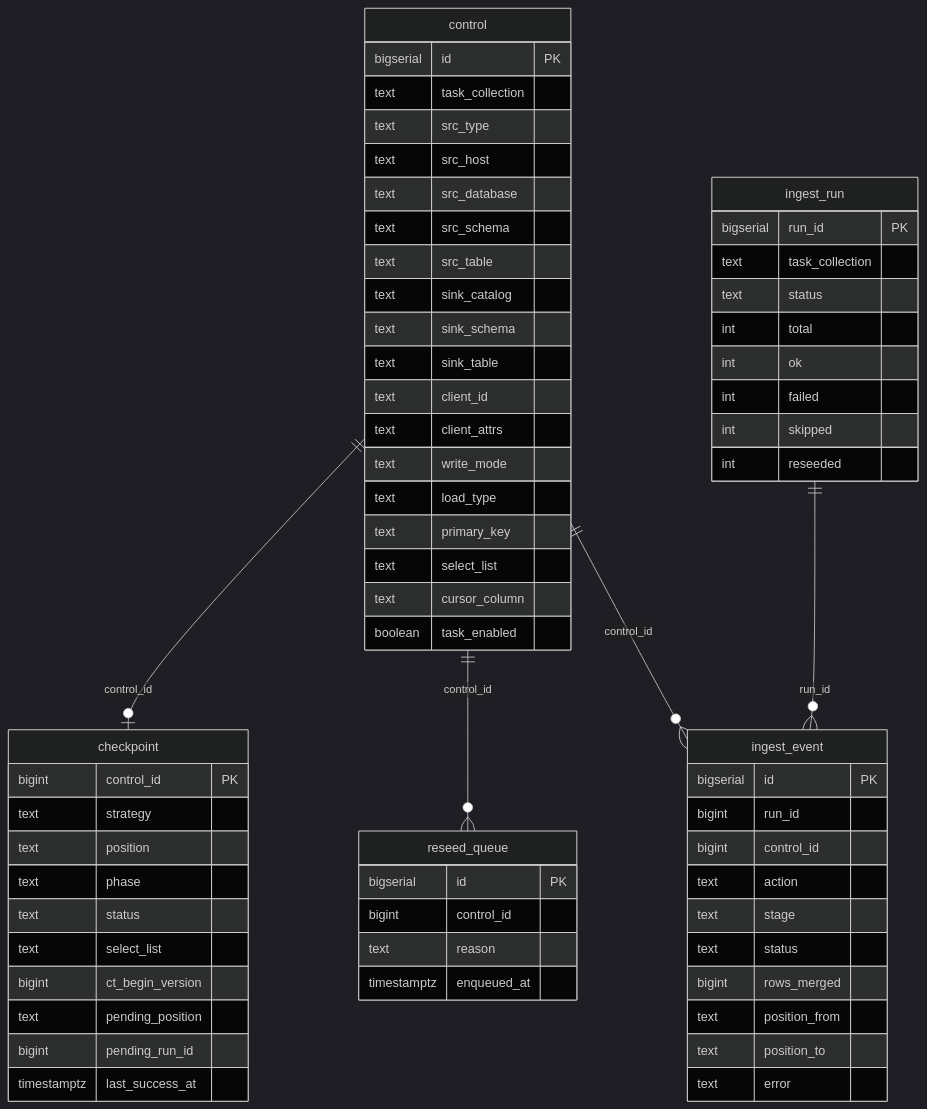
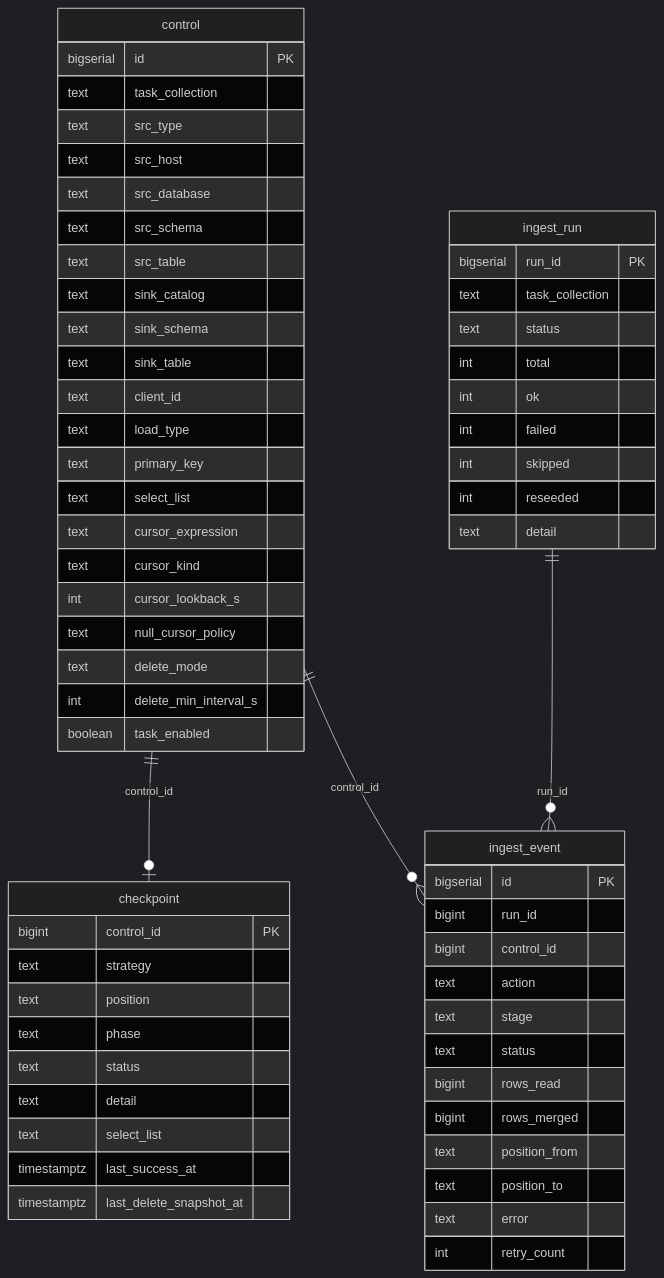
One commit to dwtorres/lakefed-ingest changed the first of 2 diagrams in docs/lakebase_schema.md. Above: the diagram before and after it, drawn with Mermaid (dark theme). The commit also changed other lines of this file and 15 other files, not shown here.

First line of the commit message:
docs(engine): cursor-only README, module headers, deploy, monitoring, schema docs

````diff
--- a/docs/lakebase_schema.md
+++ b/docs/lakebase_schema.md
@@ -19,68 +8,66 @@
 ```mermaid
 erDiagram
     control ||--o| checkpoint : "control_id"
-    control ||--o{ reseed_queue : "control_id"
     control ||--o{ ingest_event : "control_id"
     ingest_run ||--o{ ingest_event : "run_id"
 
     control {
         bigserial id PK
         text task_collection
         text src_type
         text src_host
         text src_database
         text src_schema
         text src_table
         text sink_catalog
         text sink_schema
         text sink_table
         text client_id
-        text client_attrs
-        text write_mode
         text load_type
         text primary_key
         text select_list
-        text cursor_column
+        text cursor_expression
+        text cursor_kind
+        int cursor_lookback_s
+        text null_cursor_policy
+        text delete_mode
+        int delete_min_interval_s
         boolean task_enabled
     }
     checkpoint {
         bigint control_id PK
         text strategy
         text position
         text phase
         text status
+        text detail
         text select_list
-        bigint ct_begin_version
-        text pending_position
-        bigint pending_run_id
         timestamptz last_success_at
-    }
-    reseed_queue {
-        bigserial id PK
-        bigint control_id
-        text reason
-        timestamptz enqueued_at
+        timestamptz last_delete_snapshot_at
     }
     ingest_run {
         bigserial run_id PK
         text task_collection
         text status
         int total
         int ok
         int failed
         int skipped
         int reseeded
+        text detail
     }
     ingest_event {
         bigserial id PK
         bigint run_id
         bigint control_id
         text action
         text stage
         text status
+        bigint rows_read
         bigint rows_merged
         text position_from
         text position_to
         text error
+        int retry_count
     }
 ```
````
